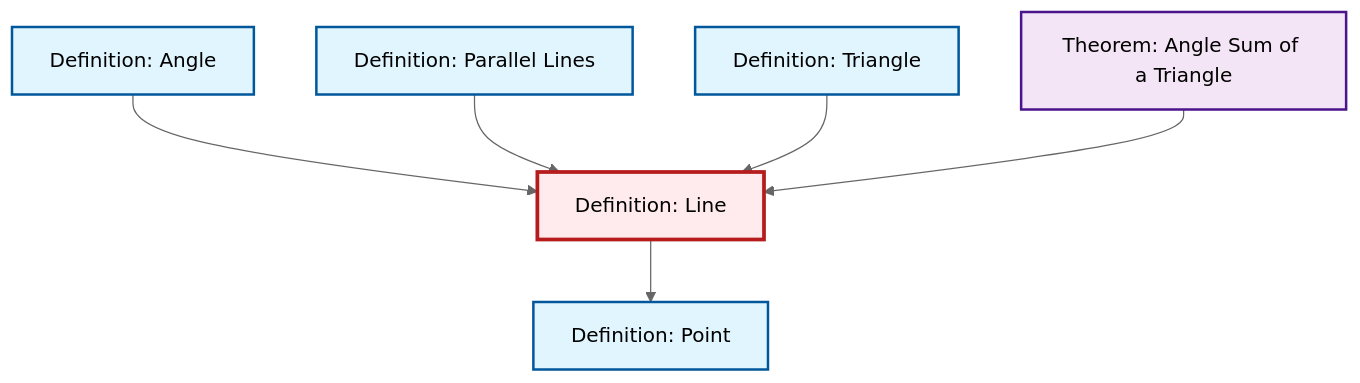
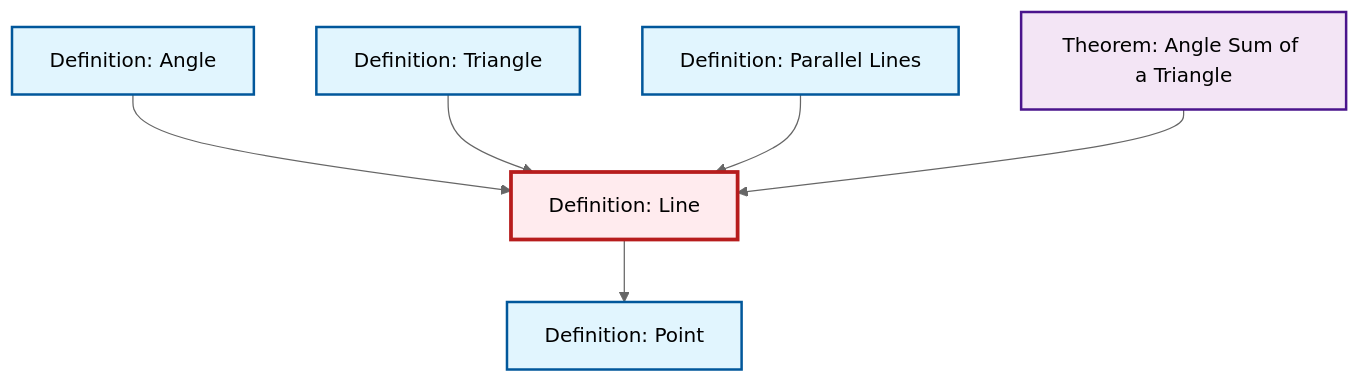
The diagram in content/en/geometry/def-line.qmd (RK0429/ModernMath), drawn with Mermaid (neutral theme) before and after one commit. The commit also changed other lines of this file and 328 other files, not shown here.

````diff
--- a/content/en/geometry/def-line.qmd
+++ b/content/en/geometry/def-line.qmd
@@ -45,26 +45,26 @@
 ```{mermaid}
 %%| fig-cap: "Local dependency graph"
 graph TD
     classDef definition fill:#e1f5fe,stroke:#01579b,stroke-width:2px
     classDef theorem fill:#f3e5f5,stroke:#4a148c,stroke-width:2px
     classDef axiom fill:#fff3e0,stroke:#e65100,stroke-width:2px
     classDef example fill:#e8f5e9,stroke:#1b5e20,stroke-width:2px
     classDef current fill:#ffebee,stroke:#b71c1c,stroke-width:3px
-    def-line["Definition: Line"]:::definition
-    def-triangle["Definition: Triangle"]:::definition
-    def-parallel["Definition: Parallel Lines"]:::definition
-    def-point["Definition: Point"]:::definition
     def-angle["Definition: Angle"]:::definition
     thm-angle-sum-triangle["Theorem: Angle Sum of a Triangle"]:::theorem
+    def-line["Definition: Line"]:::definition
+    def-point["Definition: Point"]:::definition
+    def-parallel["Definition: Parallel Lines"]:::definition
+    def-triangle["Definition: Triangle"]:::definition
     def-angle --> def-line
+    def-triangle --> def-line
     def-parallel --> def-line
-    def-triangle --> def-line
     def-line --> def-point
     thm-angle-sum-triangle --> def-line
     class def-line current
-    click def-triangle "def-triangle.html" "Go to Triangle definition"
-    click def-parallel "def-parallel.html" "Go to Parallel Lines definition"
-    click def-point "def-point.html" "Go to Point definition"
     click def-angle "def-angle.html" "Go to Angle definition"
     click thm-angle-sum-triangle "thm-angle-sum-triangle.html" "Go to Angle Sum of a Triangle theorem"
+    click def-point "def-point.html" "Go to Point definition"
+    click def-parallel "def-parallel.html" "Go to Parallel Lines definition"
+    click def-triangle "def-triangle.html" "Go to Triangle definition"
 ```
````
